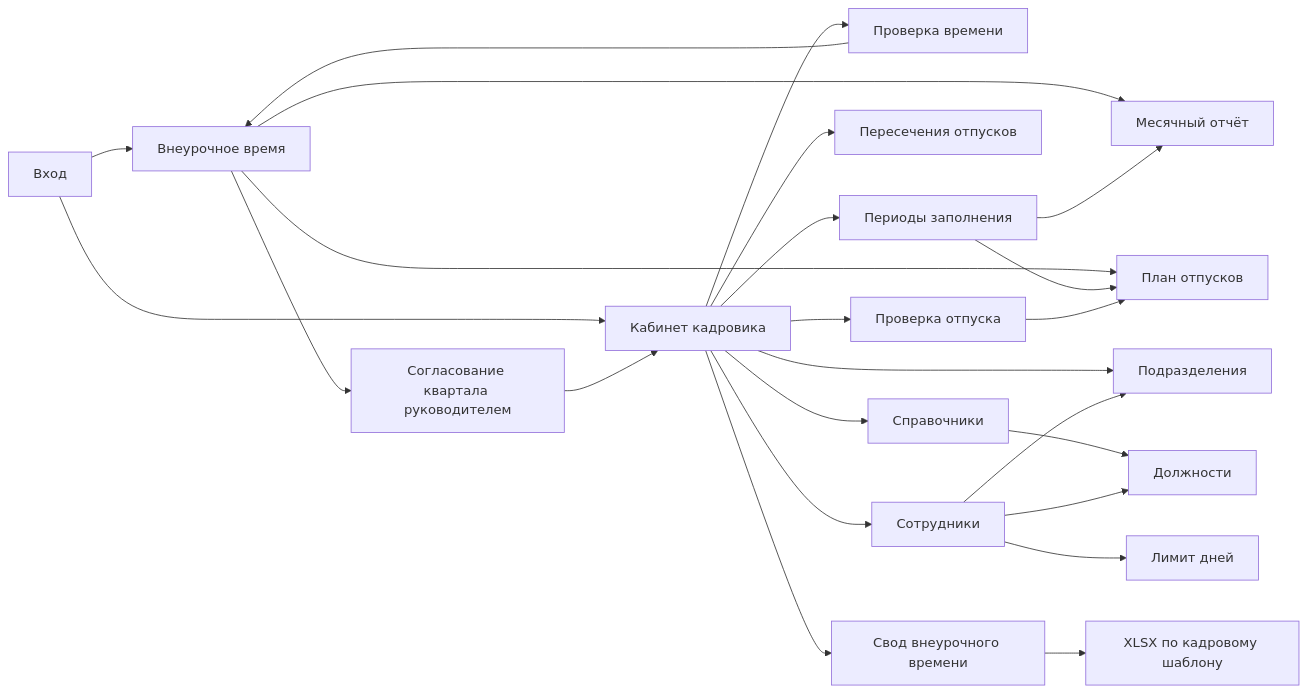
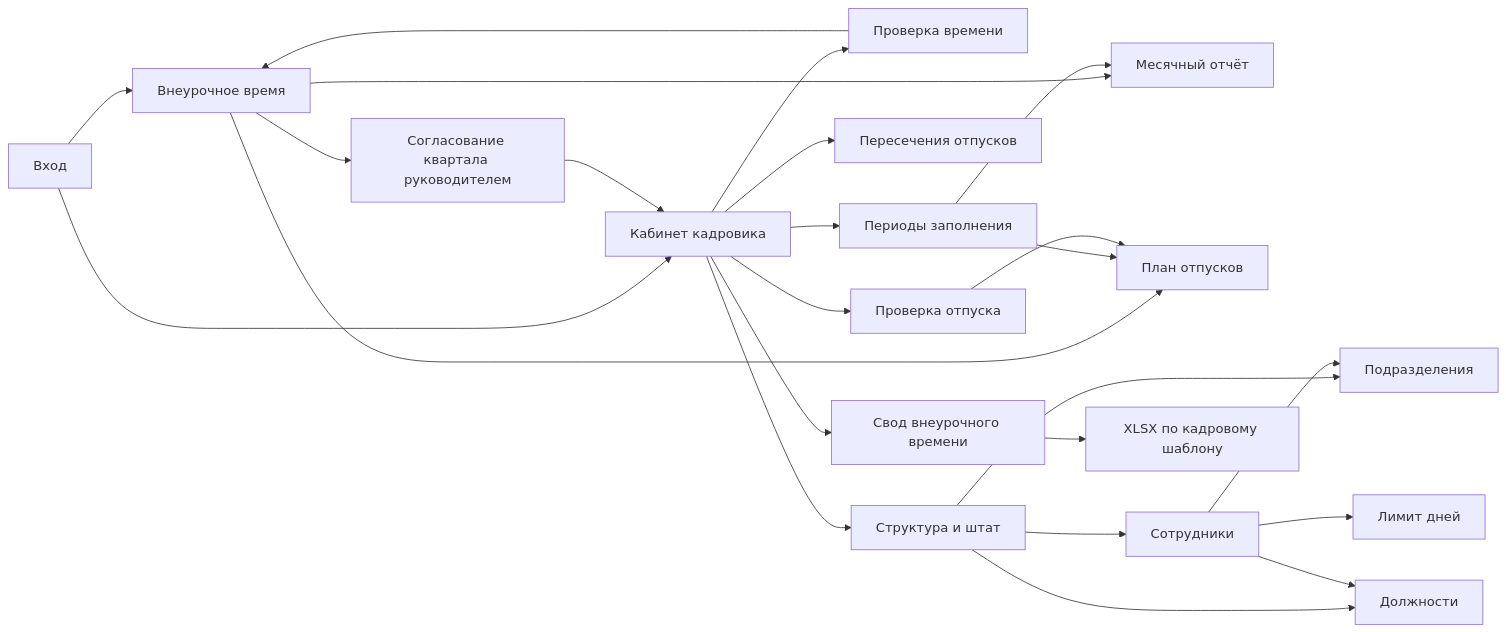
One commit to BillShifr/work-calendar changed the first of 2 diagrams in docs/PRODUCT_FLOW_MAP.md. Above: the diagram before and after it, drawn with Mermaid. The commit also changed 8 other files, not shown here.

````diff
--- a/docs/PRODUCT_FLOW_MAP.md
+++ b/docs/PRODUCT_FLOW_MAP.md
@@ -9,28 +9,27 @@
 ```mermaid
 flowchart LR
   Login[Вход] --> EmployeeHome[Внеурочное время]
   EmployeeHome --> OvertimeMonth[Месячный отчёт]
   EmployeeHome --> VacationPlan[План отпусков]
   EmployeeHome --> DepartmentApproval[Согласование квартала руководителем]
 
   Login --> HrHome[Кабинет кадровика]
   DepartmentApproval --> HrHome
   HrHome --> OvertimeReview[Проверка времени]
   HrHome --> VacationReview[Проверка отпуска]
   HrHome --> Overlap[Пересечения отпусков]
-  HrHome --> Employees[Сотрудники]
-  HrHome --> Departments[Подразделения]
-  HrHome --> References[Справочники]
+  HrHome --> Workforce[Структура и штат]
+  Workforce --> Employees[Сотрудники]
+  Workforce --> Departments[Подразделения]
+  Workforce --> JobTitles[Должности]
   HrHome --> EntryWindows[Периоды заполнения]
   HrHome --> OvertimeSummary[Свод внеурочного времени]
   OvertimeSummary --> ExcelExport[XLSX по кадровому шаблону]
-  References --> JobTitles[Должности]
-
   EntryWindows --> VacationPlan
   EntryWindows --> OvertimeMonth
   Employees --> Departments
   Employees --> JobTitles
   Employees --> VacationAllowance[Лимит дней]
   OvertimeReview --> EmployeeHome
   VacationReview --> VacationPlan
 ```
````
